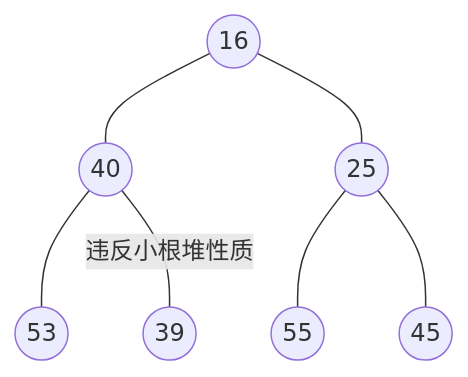
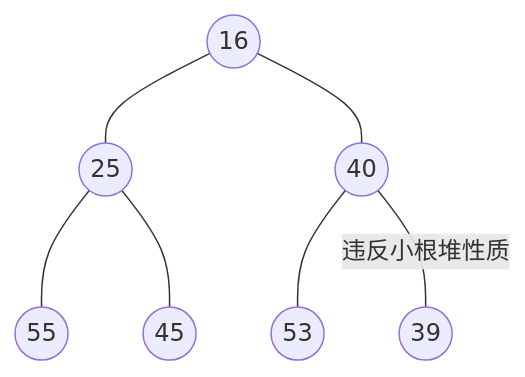
The fourth of 15 diagrams in software-designer/software-designer.adoc (wangzhaohe/swot-learning), drawn with Mermaid before and after one commit. The commit also changed other lines of this file and 2 other files, not shown here.

```diff
--- a/software-designer/software-designer.adoc
+++ b/software-designer/software-designer.adoc
@@ -308,11 +369,11 @@
 [mermaid, target=img/mermaid-2025-05-09-174131, format=svg]
 ....
 flowchart TD
+    16((16)) --- 25((25))
+    25((25)) --- 55((55))
+    25((25)) --- 45((45))
+
     16((16)) --- 40((40))
     40((40)) --- 53((53))
     40((40)) ---|违反小根堆性质| 39((39))
-
-    16((16)) --- 25((25))
-    25((25)) --- 55((55))
-    25((25)) --- 45((45))
 ....
```
